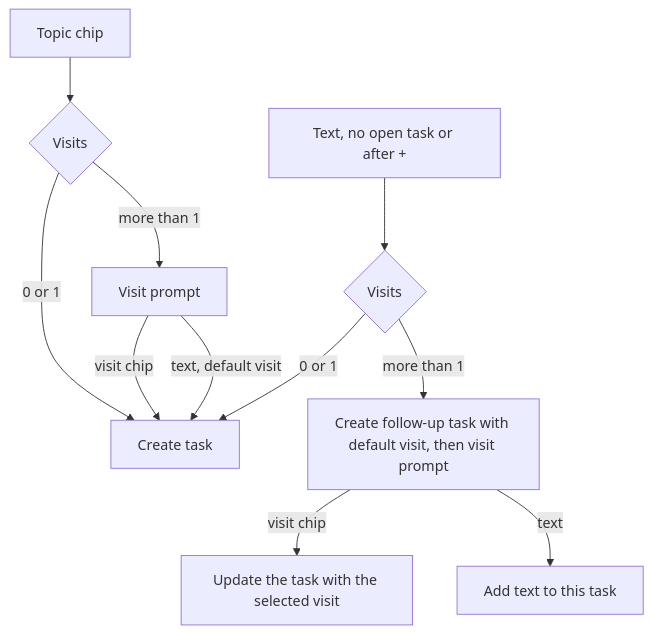
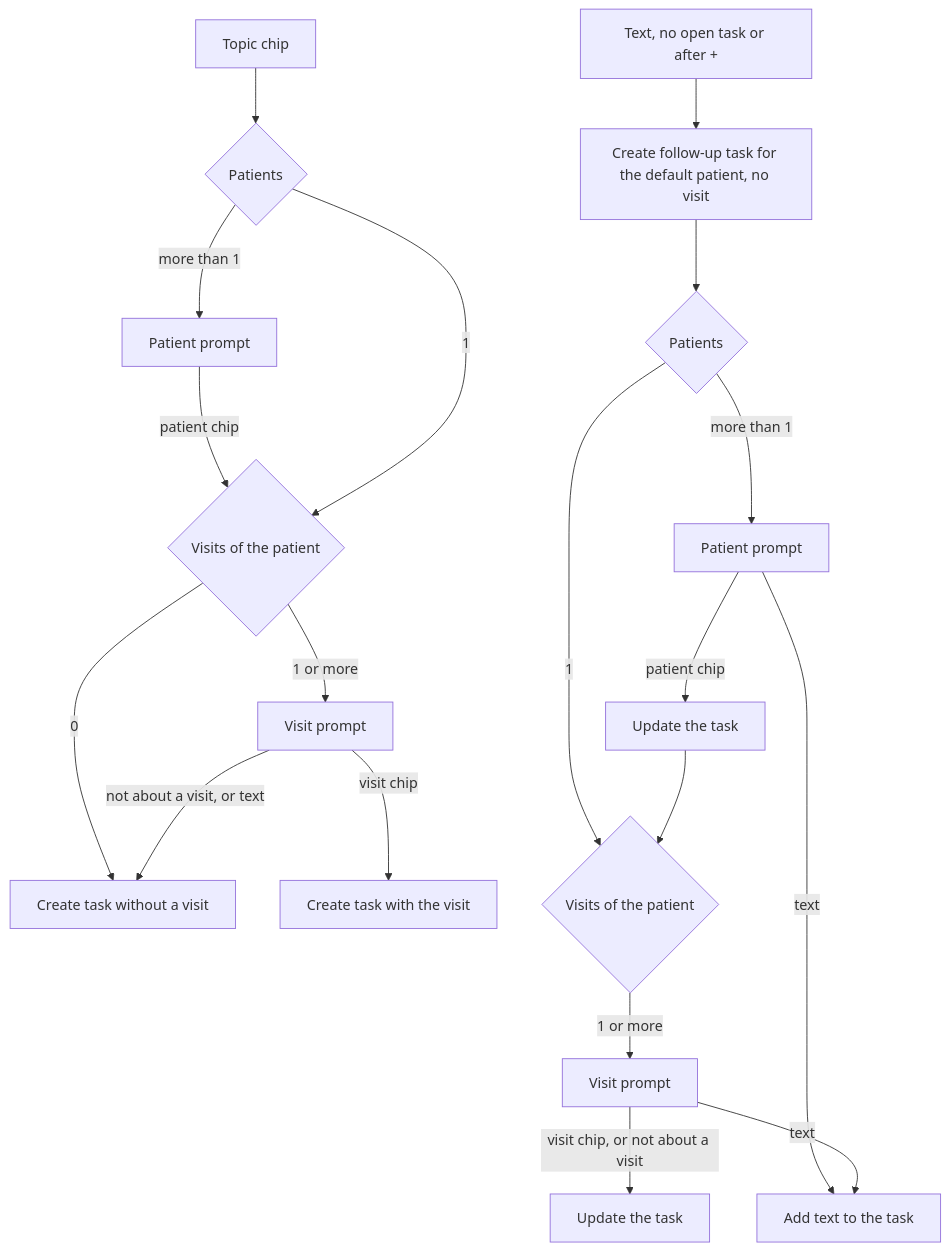
The second of 2 diagrams in docs/patient-requests-support-chat.md (masslight/ottehr), drawn with Mermaid before and after one commit. The commit also changed other lines of this file and 11 other files, not shown here.

Commit message:
feat(support-chat): ask for the patient and allow requests without a visit

````diff
--- a/docs/patient-requests-support-chat.md
+++ b/docs/patient-requests-support-chat.md
@@ -90,13 +92,18 @@
 ```mermaid
 flowchart TD
-  T[Topic chip] --> TV{Visits}
-  TV -->|0 or 1| C[Create task]
-  TV -->|more than 1| TP[Visit prompt]
-  TP -->|visit chip| C
-  TP -->|text, default visit| C
-  F[Text, no open task or after +] --> FV{Visits}
-  FV -->|0 or 1| C
-  FV -->|more than 1| FC[Create follow-up task with default visit, then visit prompt]
-  FC -->|visit chip| U[Update the task with the selected visit]
-  FC -->|text| A[Add text to this task]
+  T[Topic chip] --> TP{Patients}
+  TP -->|more than 1| PP[Patient prompt] -->|patient chip| TV
+  TP -->|1| TV{Visits of the patient}
+  TV -->|0| C[Create task without a visit]
+  TV -->|1 or more| VP[Visit prompt]
+  VP -->|visit chip| CV[Create task with the visit]
+  VP -->|not about a visit, or text| C
+  F[Text, no open task or after +] --> FC[Create follow-up task for the default patient, no visit]
+  FC --> FP{Patients}
+  FP -->|more than 1| FPP[Patient prompt] -->|patient chip| U[Update the task]
+  FP -->|1| FV{Visits of the patient}
+  U --> FV
+  FV -->|1 or more| FVP[Visit prompt] -->|visit chip, or not about a visit| U2[Update the task]
+  FPP -->|text| A[Add text to the task]
+  FVP -->|text| A
 ```
````
